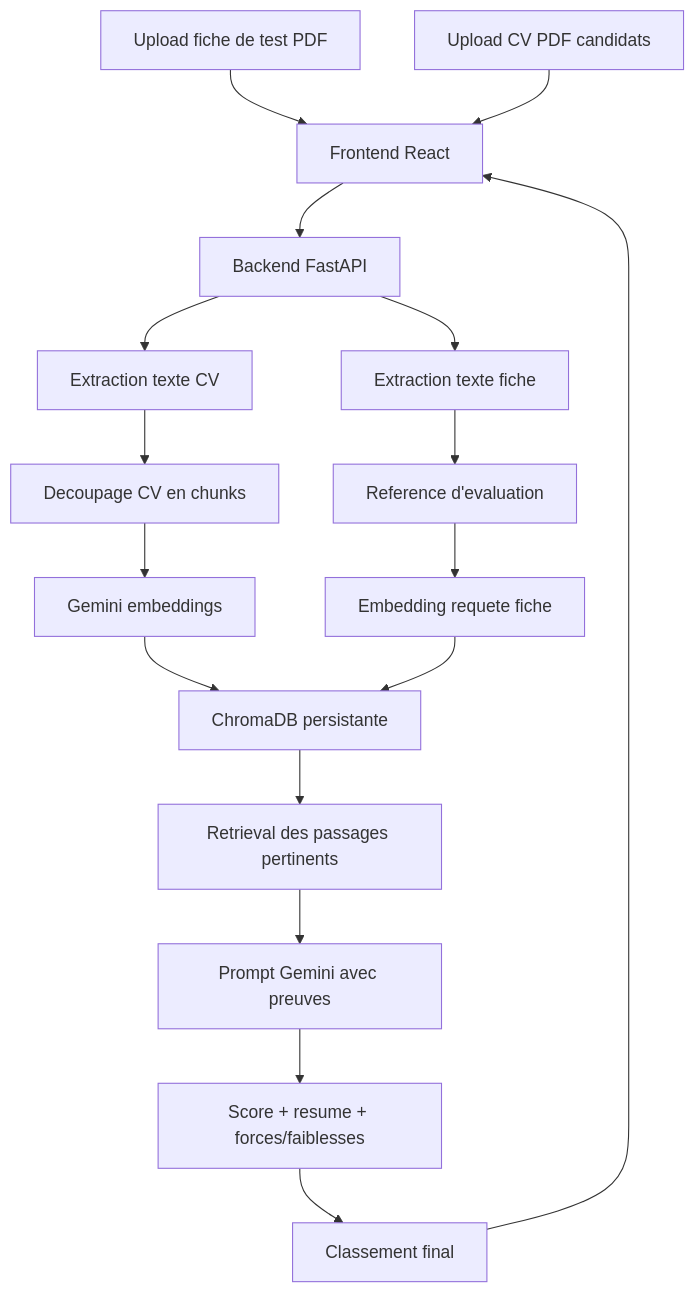
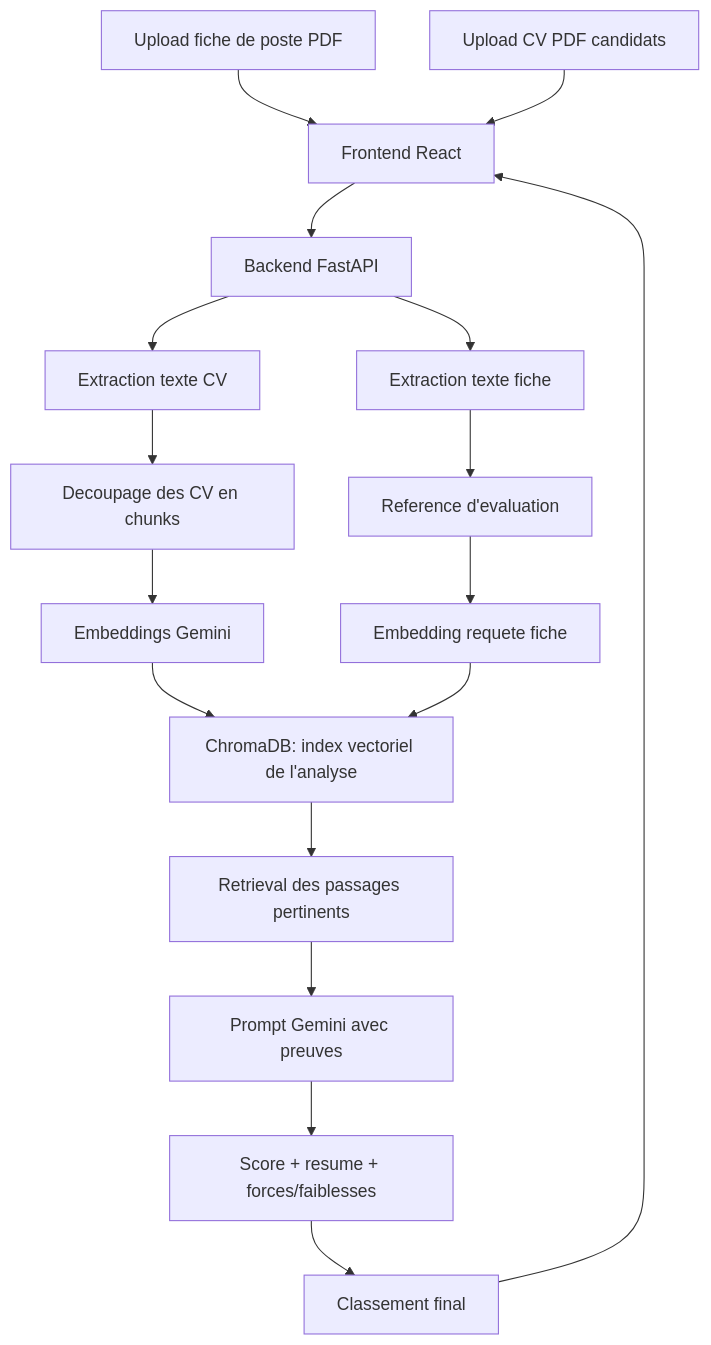
One commit to hamzasennah/projet-stage-d-observation changed the diagram in docs/architecture.md. Above: the diagram before and after it, drawn with Mermaid. The commit also changed other lines of this file and 30 other files, not shown here.

Commit message:
Simplify RAG flow to manual PDF uploads

````diff
--- a/docs/architecture.md
+++ b/docs/architecture.md
@@ -9,19 +9,19 @@
 ```mermaid
 flowchart TD
-    A["Upload fiche de test PDF"] --> B["Frontend React"]
+    A["Upload fiche de poste PDF"] --> B["Frontend React"]
     C["Upload CV PDF candidats"] --> B
     B --> D["Backend FastAPI"]
     D --> E["Extraction texte fiche"]
     D --> F["Extraction texte CV"]
     E --> G["Reference d'evaluation"]
-    F --> H["Decoupage CV en chunks"]
-    H --> I["Gemini embeddings"]
-    I --> J["ChromaDB persistante"]
+    F --> H["Decoupage des CV en chunks"]
+    H --> I["Embeddings Gemini"]
+    I --> J["ChromaDB: index vectoriel de l'analyse"]
     G --> K["Embedding requete fiche"]
     K --> J
     J --> L["Retrieval des passages pertinents"]
     L --> M["Prompt Gemini avec preuves"]
     M --> N["Score + resume + forces/faiblesses"]
     N --> O["Classement final"]
     O --> B
 ```
````
